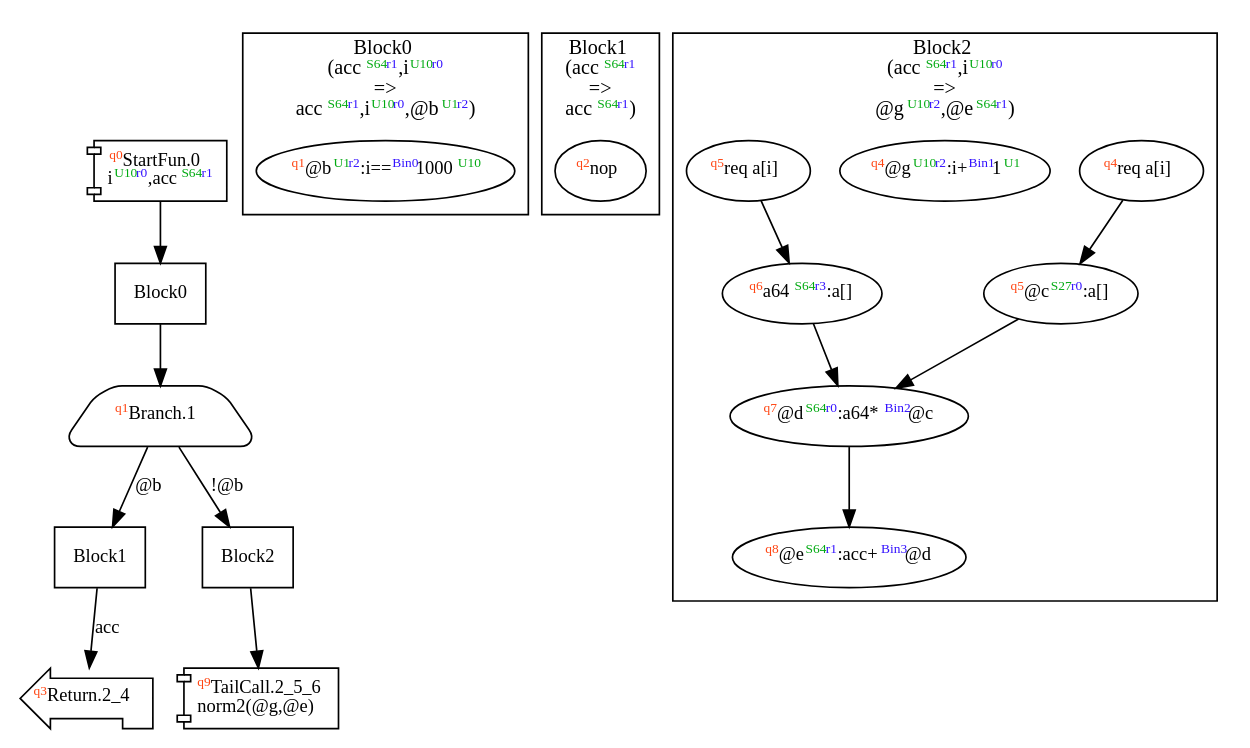
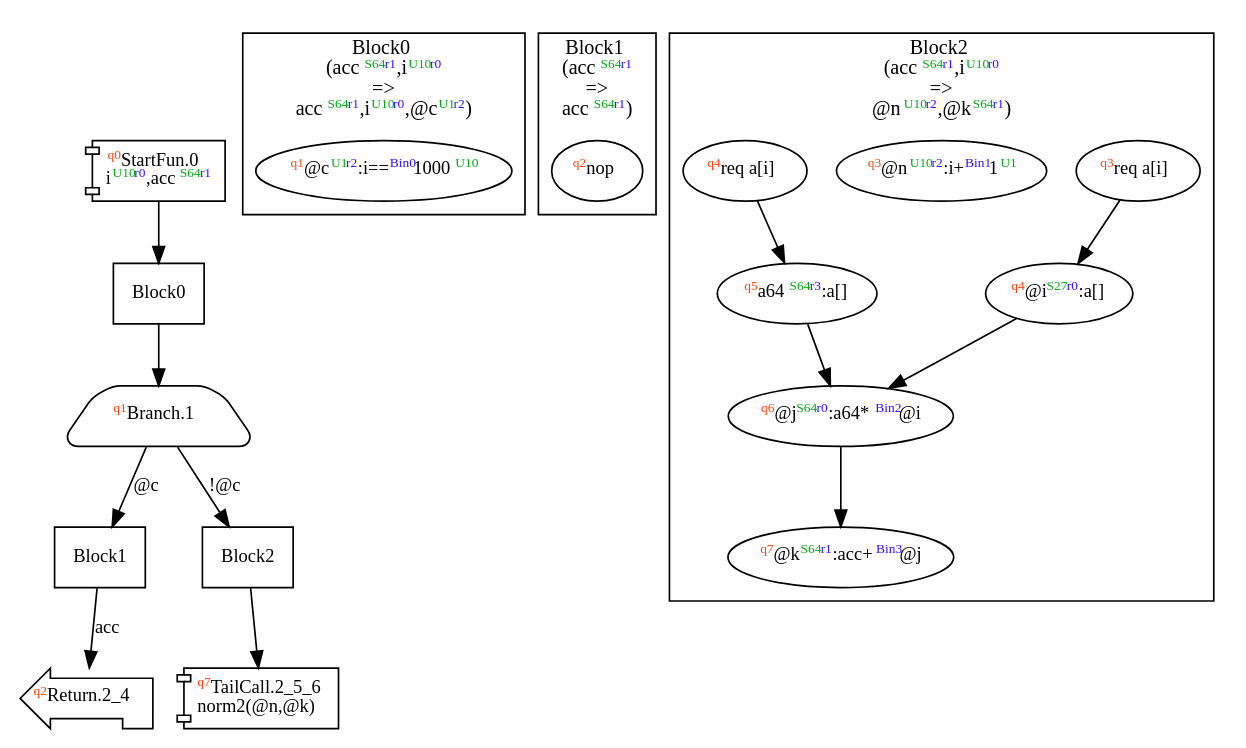
The diagram in dist/norm2.dot (akouryy/SyntheScala), drawn with Graphviz before and after one commit. The commit also changed 32 other files, not shown here.

```diff
--- a/dist/norm2.dot
+++ b/dist/norm2.dot
@@ -1,47 +1,47 @@
 digraph Program_ {
   graph [fontname = "Monaco", fontsize = 12, ranksep = 0.5];
   node [shape = box, fontname = "Monaco", fontsize = 11; colorscheme = pastel19];
   edge [fontname = "Monaco", fontsize = 11; colorscheme = pastel19];
   Jump0[label = <<font color="#ff4411" point-size="8"><sup>q0</sup></font>StartFun.0<br/>i<font color="#00aa11" point-size="8"><sup>U10</sup></font><font color="#3311ff" point-size="8"><sup>r0</sup></font>,acc<font color="#00aa11" point-size="8"><sup>S64</sup></font><font color="#3311ff" point-size="8"><sup>r1</sup></font>>; shape = component];
   Jump0 -> Block0;
   Jump1[
     label = <<font color="#ff4411" point-size="8"><sup>q1</sup></font>Branch.1>;
     shape = trapezium; style = rounded;
   ];
   Block0 -> Jump1;
-  Jump1 -> Block1 [label=<@b>];
-  Jump1 -> Block2 [label=<!@b>];
-  Jump2_4[label = <<font color="#ff4411" point-size="8"><sup>q3</sup></font>Return.2_4>; shape = lpromoter];
+  Jump1 -> Block1 [label=<@c>];
+  Jump1 -> Block2 [label=<!@c>];
+  Jump2_4[label = <<font color="#ff4411" point-size="8"><sup>q2</sup></font>Return.2_4>; shape = lpromoter];
   Block1 -> Jump2_4 [label=<acc>];
-  Jump2_5_6[label = <<font color="#ff4411" point-size="8"><sup>q9</sup></font>TailCall.2_5_6<br/>norm2(@g,@e)>; shape = component];
+  Jump2_5_6[label = <<font color="#ff4411" point-size="8"><sup>q7</sup></font>TailCall.2_5_6<br/>norm2(@n,@k)>; shape = component];
   Block2 -> Jump2_5_6;
   Block0 [label = "Block0"];
   Block1 [label = "Block1"];
   Block2 [label = "Block2"];
   subgraph cluster_dfg_Block0 {
     node [shape = oval];
-    label = <Block0<br/>(acc<font color="#00aa11" point-size="8"><sup>S64</sup></font><font color="#3311ff" point-size="8"><sup>r1</sup></font>,i<font color="#00aa11" point-size="8"><sup>U10</sup></font><font color="#3311ff" point-size="8"><sup>r0</sup></font><br/>=&gt;<br/>acc<font color="#00aa11" point-size="8"><sup>S64</sup></font><font color="#3311ff" point-size="8"><sup>r1</sup></font>,i<font color="#00aa11" point-size="8"><sup>U10</sup></font><font color="#3311ff" point-size="8"><sup>r0</sup></font>,@b<font color="#00aa11" point-size="8"><sup>U1</sup></font><font color="#3311ff" point-size="8"><sup>r2</sup></font>)>;
-    1 [label=<<font color="#ff4411" point-size="8"><sup>q1</sup></font>@b<font color="#00aa11" point-size="8"><sup>U1</sup></font><font color="#3311ff" point-size="8"><sup>r2</sup></font>:i==<font color="#3311ff" point-size="8"><sup>Bin0</sup></font>1000<font color="#00aa11" point-size="8"><sup>U10</sup></font>>];
+    label = <Block0<br/>(acc<font color="#00aa11" point-size="8"><sup>S64</sup></font><font color="#3311ff" point-size="8"><sup>r1</sup></font>,i<font color="#00aa11" point-size="8"><sup>U10</sup></font><font color="#3311ff" point-size="8"><sup>r0</sup></font><br/>=&gt;<br/>acc<font color="#00aa11" point-size="8"><sup>S64</sup></font><font color="#3311ff" point-size="8"><sup>r1</sup></font>,i<font color="#00aa11" point-size="8"><sup>U10</sup></font><font color="#3311ff" point-size="8"><sup>r0</sup></font>,@c<font color="#00aa11" point-size="8"><sup>U1</sup></font><font color="#3311ff" point-size="8"><sup>r2</sup></font>)>;
+    1 [label=<<font color="#ff4411" point-size="8"><sup>q1</sup></font>@c<font color="#00aa11" point-size="8"><sup>U1</sup></font><font color="#3311ff" point-size="8"><sup>r2</sup></font>:i==<font color="#3311ff" point-size="8"><sup>Bin0</sup></font>1000<font color="#00aa11" point-size="8"><sup>U10</sup></font>>];
   }
   subgraph cluster_dfg_Block1 {
     node [shape = oval];
     label = <Block1<br/>(acc<font color="#00aa11" point-size="8"><sup>S64</sup></font><font color="#3311ff" point-size="8"><sup>r1</sup></font><br/>=&gt;<br/>acc<font color="#00aa11" point-size="8"><sup>S64</sup></font><font color="#3311ff" point-size="8"><sup>r1</sup></font>)>;
     2 [label=<<font color="#ff4411" point-size="8"><sup>q2</sup></font>nop>];
   }
   subgraph cluster_dfg_Block2 {
     node [shape = oval];
-    label = <Block2<br/>(acc<font color="#00aa11" point-size="8"><sup>S64</sup></font><font color="#3311ff" point-size="8"><sup>r1</sup></font>,i<font color="#00aa11" point-size="8"><sup>U10</sup></font><font color="#3311ff" point-size="8"><sup>r0</sup></font><br/>=&gt;<br/>@g<font color="#00aa11" point-size="8"><sup>U10</sup></font><font color="#3311ff" point-size="8"><sup>r2</sup></font>,@e<font color="#00aa11" point-size="8"><sup>S64</sup></font><font color="#3311ff" point-size="8"><sup>r1</sup></font>)>;
-    5 [label=<<font color="#ff4411" point-size="8"><sup>q4</sup></font>req a[i&#93;>];
-    10 [label=<<font color="#ff4411" point-size="8"><sup>q4</sup></font>@g<font color="#00aa11" point-size="8"><sup>U10</sup></font><font color="#3311ff" point-size="8"><sup>r2</sup></font>:i+<font color="#3311ff" point-size="8"><sup>Bin1</sup></font>1<font color="#00aa11" point-size="8"><sup>U1</sup></font>>];
-    6 [label=<<font color="#ff4411" point-size="8"><sup>q5</sup></font>@c<font color="#00aa11" point-size="8"><sup>S27</sup></font><font color="#3311ff" point-size="8"><sup>r0</sup></font>:a[&#93;>];
-    7 [label=<<font color="#ff4411" point-size="8"><sup>q7</sup></font>@d<font color="#00aa11" point-size="8"><sup>S64</sup></font><font color="#3311ff" point-size="8"><sup>r0</sup></font>:a64*<font color="#3311ff" point-size="8"><sup>Bin2</sup></font>@c>];
-    3 [label=<<font color="#ff4411" point-size="8"><sup>q5</sup></font>req a[i&#93;>];
-    8 [label=<<font color="#ff4411" point-size="8"><sup>q8</sup></font>@e<font color="#00aa11" point-size="8"><sup>S64</sup></font><font color="#3311ff" point-size="8"><sup>r1</sup></font>:acc+<font color="#3311ff" point-size="8"><sup>Bin3</sup></font>@d>];
-    4 [label=<<font color="#ff4411" point-size="8"><sup>q6</sup></font>a64<font color="#00aa11" point-size="8"><sup>S64</sup></font><font color="#3311ff" point-size="8"><sup>r3</sup></font>:a[&#93;>];
+    label = <Block2<br/>(acc<font color="#00aa11" point-size="8"><sup>S64</sup></font><font color="#3311ff" point-size="8"><sup>r1</sup></font>,i<font color="#00aa11" point-size="8"><sup>U10</sup></font><font color="#3311ff" point-size="8"><sup>r0</sup></font><br/>=&gt;<br/>@n<font color="#00aa11" point-size="8"><sup>U10</sup></font><font color="#3311ff" point-size="8"><sup>r2</sup></font>,@k<font color="#00aa11" point-size="8"><sup>S64</sup></font><font color="#3311ff" point-size="8"><sup>r1</sup></font>)>;
+    5 [label=<<font color="#ff4411" point-size="8"><sup>q3</sup></font>req a[i&#93;>];
+    10 [label=<<font color="#ff4411" point-size="8"><sup>q3</sup></font>@n<font color="#00aa11" point-size="8"><sup>U10</sup></font><font color="#3311ff" point-size="8"><sup>r2</sup></font>:i+<font color="#3311ff" point-size="8"><sup>Bin1</sup></font>1<font color="#00aa11" point-size="8"><sup>U1</sup></font>>];
+    6 [label=<<font color="#ff4411" point-size="8"><sup>q4</sup></font>@i<font color="#00aa11" point-size="8"><sup>S27</sup></font><font color="#3311ff" point-size="8"><sup>r0</sup></font>:a[&#93;>];
+    7 [label=<<font color="#ff4411" point-size="8"><sup>q6</sup></font>@j<font color="#00aa11" point-size="8"><sup>S64</sup></font><font color="#3311ff" point-size="8"><sup>r0</sup></font>:a64*<font color="#3311ff" point-size="8"><sup>Bin2</sup></font>@i>];
+    3 [label=<<font color="#ff4411" point-size="8"><sup>q4</sup></font>req a[i&#93;>];
+    8 [label=<<font color="#ff4411" point-size="8"><sup>q7</sup></font>@k<font color="#00aa11" point-size="8"><sup>S64</sup></font><font color="#3311ff" point-size="8"><sup>r1</sup></font>:acc+<font color="#3311ff" point-size="8"><sup>Bin3</sup></font>@j>];
+    4 [label=<<font color="#ff4411" point-size="8"><sup>q5</sup></font>a64<font color="#00aa11" point-size="8"><sup>S64</sup></font><font color="#3311ff" point-size="8"><sup>r3</sup></font>:a[&#93;>];
     4 -> 7;
     6 -> 7;
     7 -> 8;
     3 -> 4 [style = solid];
     5 -> 6 [style = solid];
   }
 }
```
